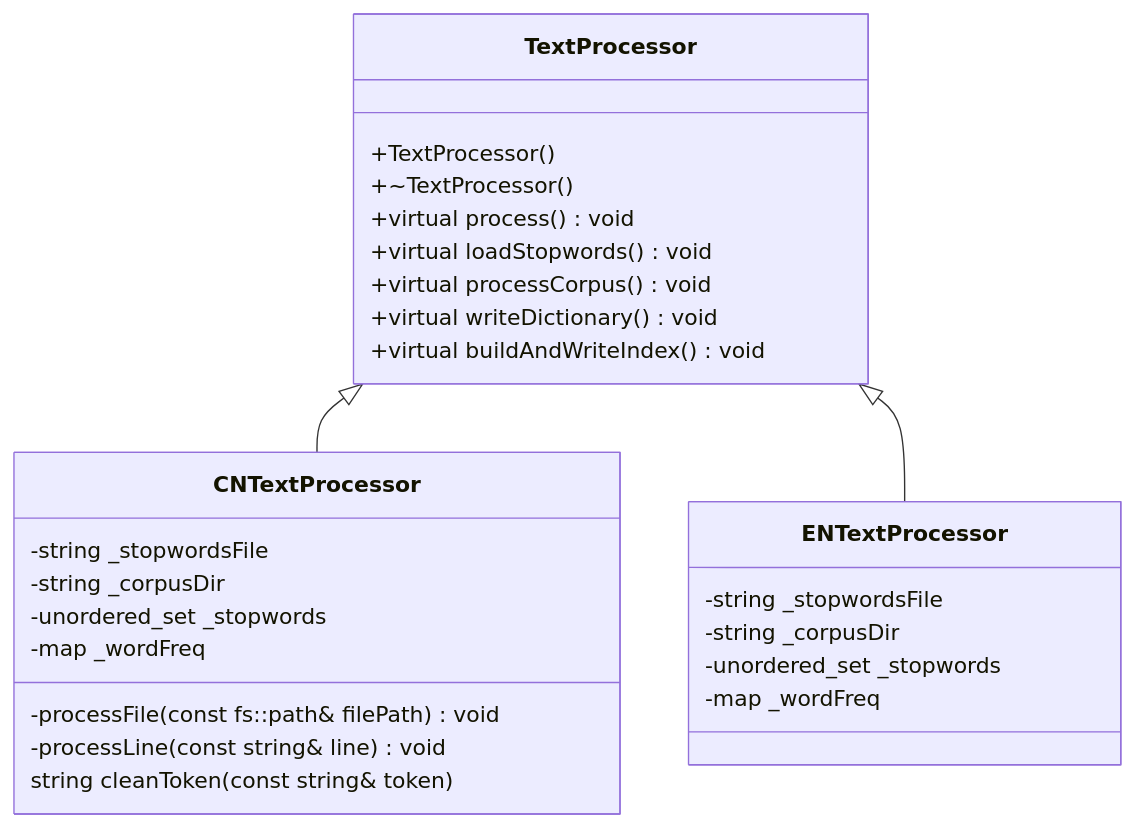
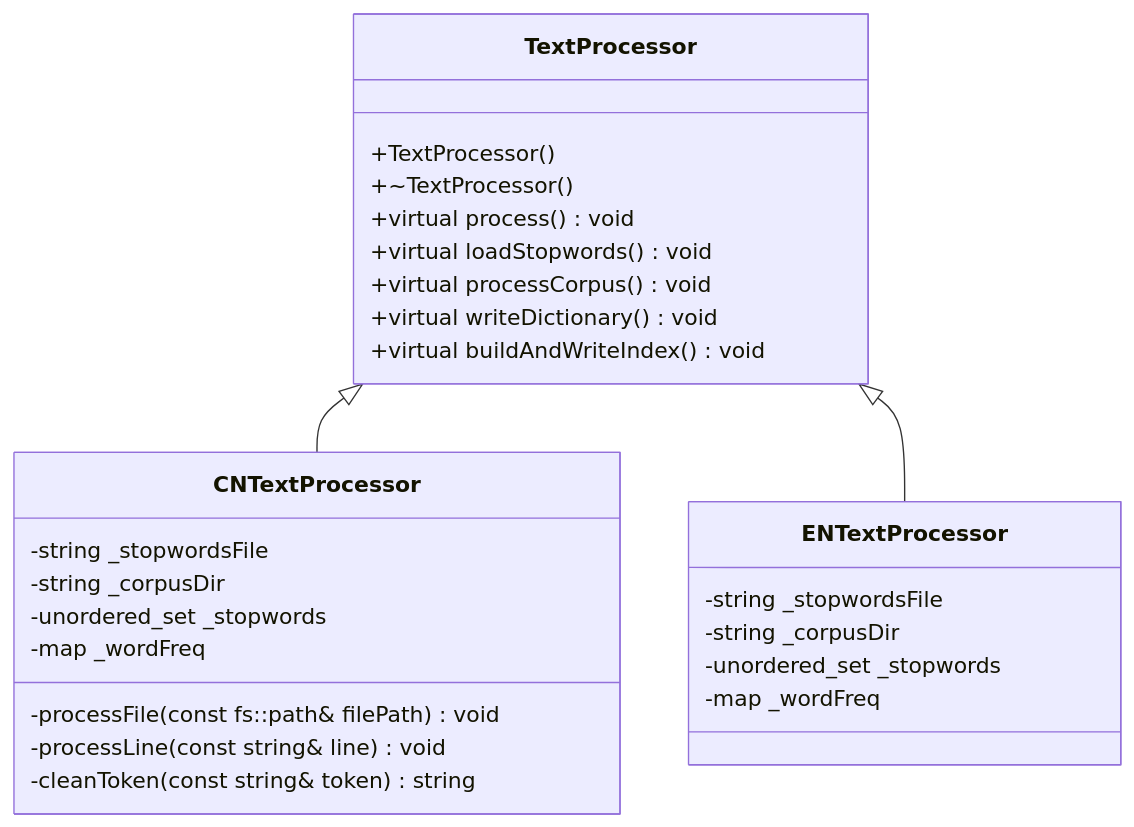
One commit to Jason-DancingBoy/iodraw-files changed the diagram in all/未命名-1.md. Above: the diagram before and after it, drawn with Mermaid.

Commit message:
2026-01-02 21:18:05 update

````diff
--- a/all/未命名-1.md
+++ b/all/未命名-1.md
@@ -1,32 +1,32 @@
 ```mermaid
 classDiagram
     TextProcessor <|-- CNTextProcessor
     TextProcessor <|-- ENTextProcessor
     TextProcessor: +TextProcessor()
     TextProcessor: +~TextProcessor()
     TextProcessor: +virtual process() void
     TextProcessor: +virtual loadStopwords() void 
     TextProcessor: +virtual processCorpus() void
     TextProcessor: +virtual writeDictionary() void
     TextProcessor: +virtual buildAndWriteIndex() void
     class CNTextProcessor{
       -string _stopwordsFile
       -string _corpusDir
       -unordered_set<string> _stopwords
       -map<string, int> _wordFreq
       -processFile(const fs::path& filePath) void
       -processLine(const string& line) void 
-      string cleanToken(const string& token)
+      -cleanToken(const string& token) string
     }
     class ENTextProcessor{
       -string _stopwordsFile
       -string _corpusDir
       -unordered_set<string> _stopwords
       -map<string, int> _wordFreq
 
     }
     %%  string _stopwordsFile; // 存放停用词文件名
     %%  string _corpusDir; // 存放语料库目录
     %%  unordered_set<string> _stopwords; // 用来存放停用词
     %%  map<string, int> _wordFreq;
 ```
````
